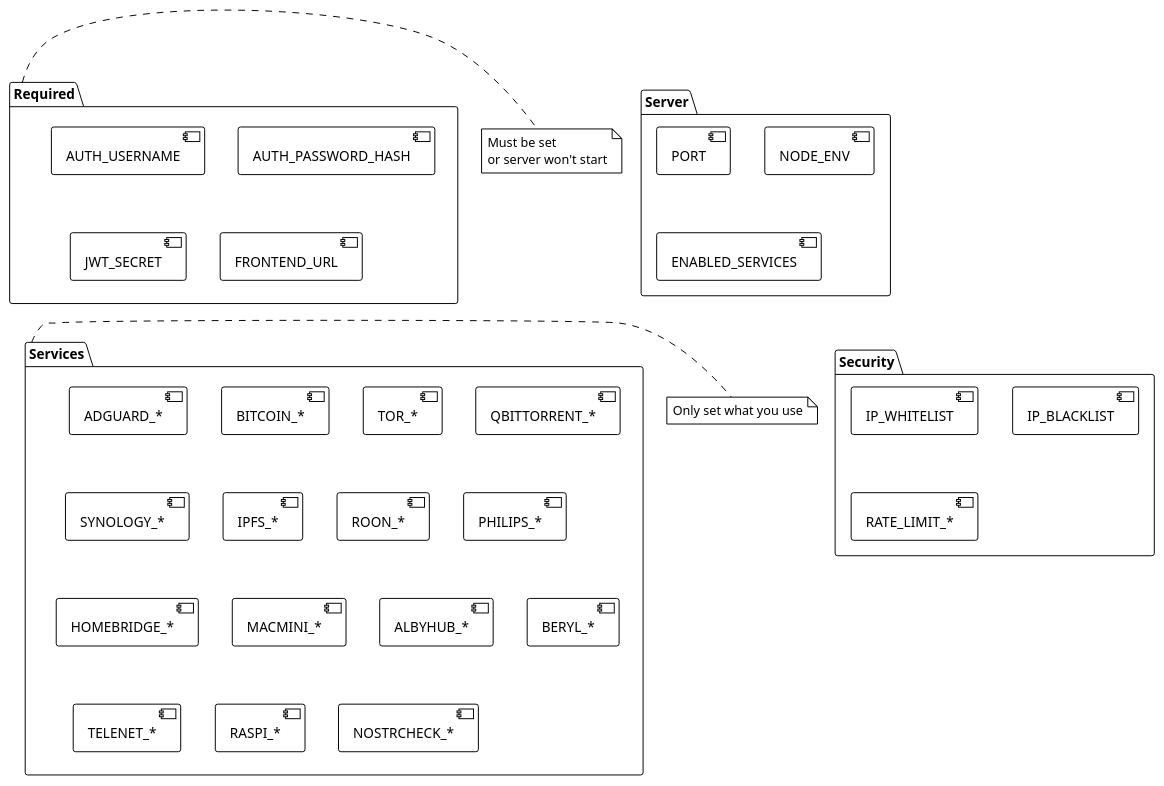
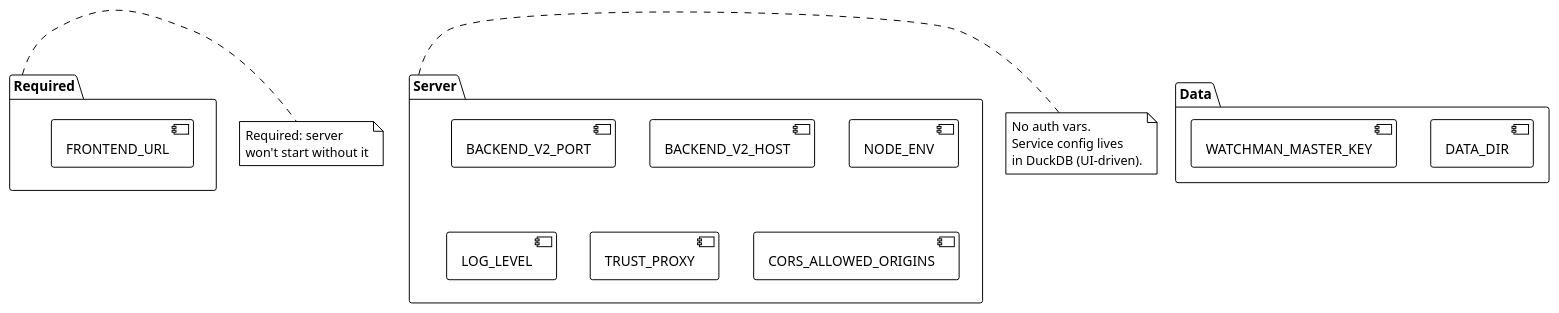
The first of 2 diagrams in docs/reference/environment-variables.md (EraPartner/Watchman), drawn with PlantUML before and after one commit. The commit also changed other lines of this file and 26 other files, not shown here.

````diff
--- a/docs/reference/environment-variables.md
+++ b/docs/reference/environment-variables.md
@@ -106,51 +124,34 @@
 ```plantuml
 @startuml
 !theme plain
 
 package "Required" as Req {
-    [AUTH_USERNAME]
-    [AUTH_PASSWORD_HASH]
-    [JWT_SECRET]
     [FRONTEND_URL]
 }
 
 package "Server" as Srv {
-    [PORT]
+    [BACKEND_V2_PORT]
+    [BACKEND_V2_HOST]
     [NODE_ENV]
-    [ENABLED_SERVICES]
+    [LOG_LEVEL]
+    [TRUST_PROXY]
+    [CORS_ALLOWED_ORIGINS]
 }
 
-package "Services" as Svc {
-    [ADGUARD_*]
-    [BITCOIN_*]
-    [TOR_*]
-    [QBITTORRENT_*]
-    [SYNOLOGY_*]
-    [IPFS_*]
-    [ROON_*]
-    [PHILIPS_*]
-    [HOMEBRIDGE_*]
-    [MACMINI_*]
-    [ALBYHUB_*]
-    [BERYL_*]
-    [TELENET_*]
-    [RASPI_*]
-    [NOSTRCHECK_*]
-}
-
-package "Security" as Sec {
-    [IP_WHITELIST]
-    [IP_BLACKLIST]
-    [RATE_LIMIT_*]
+package "Data" as Data {
+    [DATA_DIR]
+    [WATCHMAN_MASTER_KEY]
 }
 
 note right of Req
-  Must be set
-  or server won't start
+  Required: server
+  won't start without it
 end note
 
-note right of Svc
-  Only set what you use
+note right of Srv
+  No auth vars.
+  Service config lives
+  in DuckDB (UI-driven).
 end note
 @enduml
 ```
````
